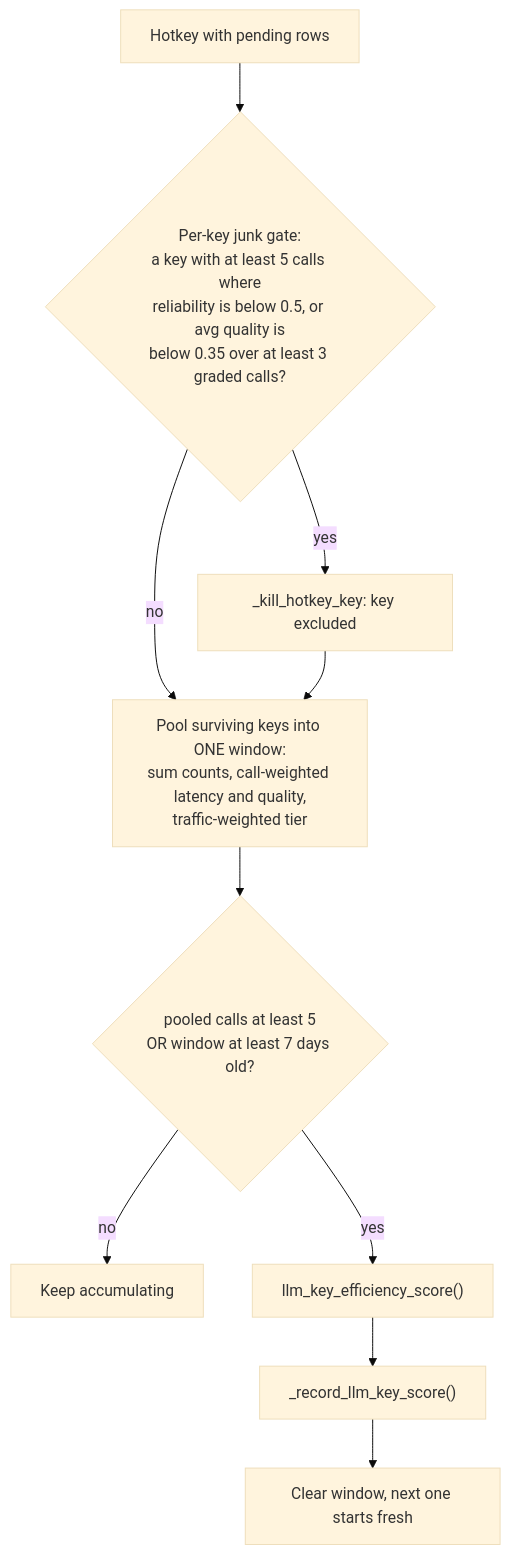
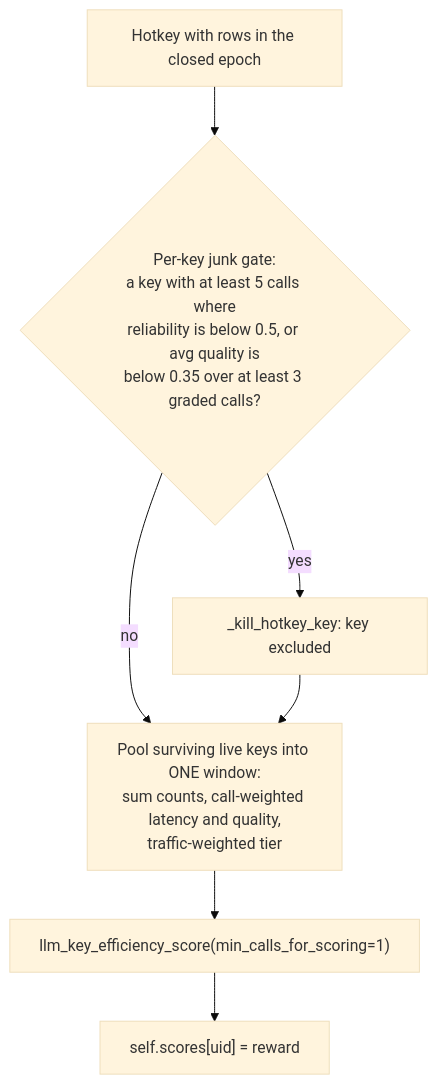
Before and after one commit to taostatus/taostatus-subnet: the fourth of 6 diagrams in docs/scoring.md, drawn with Mermaid (base theme). The commit also changed other lines of this file and 11 other files, not shown here.

````diff
--- a/docs/scoring.md
+++ b/docs/scoring.md
@@ -104,12 +144,9 @@
 ```mermaid
 flowchart TD
-    S["Hotkey with pending rows"] --> PK{"Per-key junk gate:<br/>a key with at least 5 calls where<br/>reliability is below 0.5, or avg quality is<br/>below 0.35 over at least 3 graded calls?"}
+    S["Hotkey with rows in the closed epoch"] --> PK{"Per-key junk gate:<br/>a key with at least 5 calls where<br/>reliability is below 0.5, or avg quality is<br/>below 0.35 over at least 3 graded calls?"}
     PK -- yes --> KILL["_kill_hotkey_key: key excluded"]
     PK -- no --> POOL
-    KILL --> POOL["Pool surviving keys into ONE window:<br/>sum counts, call-weighted latency and quality,<br/>traffic-weighted tier"]
-    POOL --> GATE{"pooled calls at least 5<br/>OR window at least 7 days old?"}
-    GATE -- no --> WAIT["Keep accumulating"]
-    GATE -- yes --> SCORE["llm_key_efficiency_score()"]
-    SCORE --> REC["_record_llm_key_score()"]
-    REC --> CLEAR["Clear window, next one starts fresh"]
+    KILL --> POOL["Pool surviving live keys into ONE window:<br/>sum counts, call-weighted latency and quality,<br/>traffic-weighted tier"]
+    POOL --> SCORE["llm_key_efficiency_score(min_calls_for_scoring=1)"]
+    SCORE --> SET["self.scores[uid] = reward"]
 ```
````
